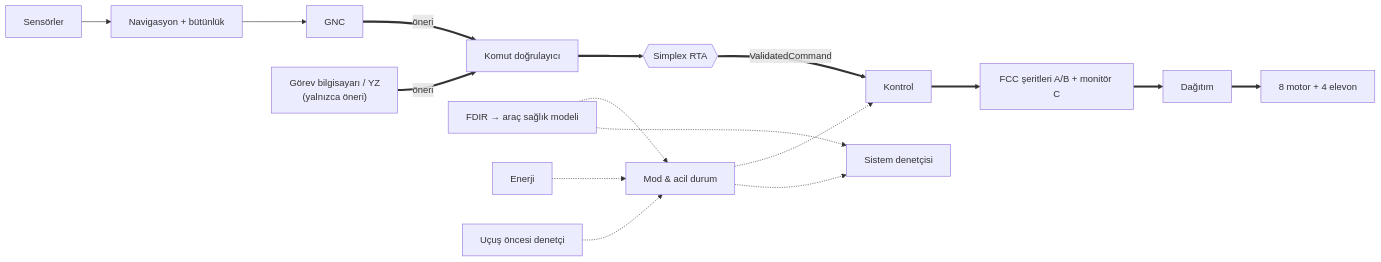
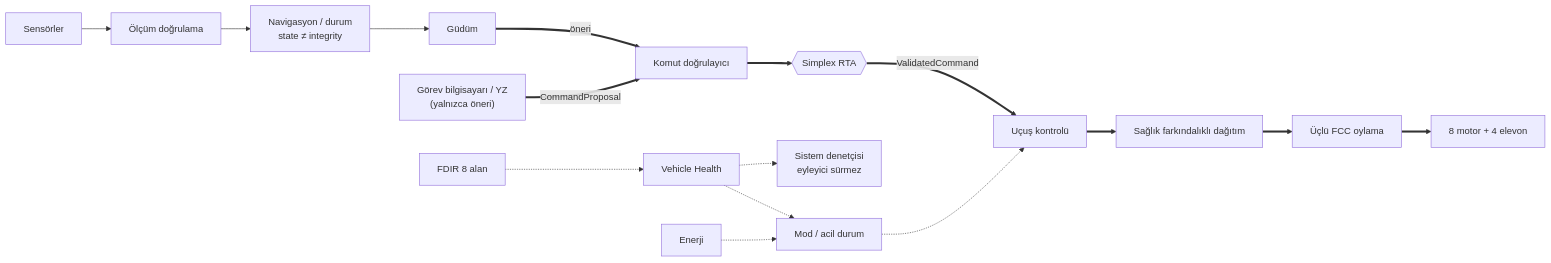
One commit to burkiuze/iha changed the first of 2 diagrams in README.md. Above: the diagram before and after it, drawn with Mermaid. The commit also changed other lines of this file and 48 other files, not shown here.

````diff
--- a/README.md
+++ b/README.md
@@ -66,13 +64,11 @@
 ```mermaid
 flowchart LR
-  SEN[Sensörler] --> NAV[Navigasyon + bütünlük] --> GNC[GNC]
-  MC["Görev bilgisayarı / YZ<br/>(yalnızca öneri)"] == öneri ==> VAL[Komut doğrulayıcı] ==> RTA{{Simplex RTA}}
-  GNC == öneri ==> VAL
-  RTA == ValidatedCommand ==> CTRL[Kontrol] ==> FCC[FCC şeritleri A/B + monitör C] ==> AL[Dağıtım] ==> ACT[8 motor + 4 elevon]
-  FDIR[FDIR → araç sağlık modeli] -.-> CONT[Mod & acil durum]
+  SEN[Sensörler] --> VAL[Ölçüm doğrulama] --> NAV[Navigasyon / durum<br/>state ≠ integrity] --> GUI[Güdüm]
+  MC["Görev bilgisayarı / YZ<br/>(yalnızca öneri)"] == CommandProposal ==> CV[Komut doğrulayıcı]
+  GUI == öneri ==> CV ==> RTA{{Simplex RTA}}
+  RTA == ValidatedCommand ==> CTRL[Uçuş kontrolü] ==> AL[Sağlık farkındalıklı dağıtım] ==> FCC[Üçlü FCC oylama] ==> ACT[8 motor + 4 elevon]
+  FDIR[FDIR 8 alan] -.-> VH[Vehicle Health] -.-> CONT[Mod / acil durum]
   EN[Enerji] -.-> CONT
   CONT -.-> CTRL
-  PRE[Uçuş öncesi denetçi] -.-> CONT
-  FDIR -.-> SUP[Sistem denetçisi]
-  CONT -.-> SUP
+  VH -.-> SUP[Sistem denetçisi<br/>eyleyici sürmez]
 ```
````
